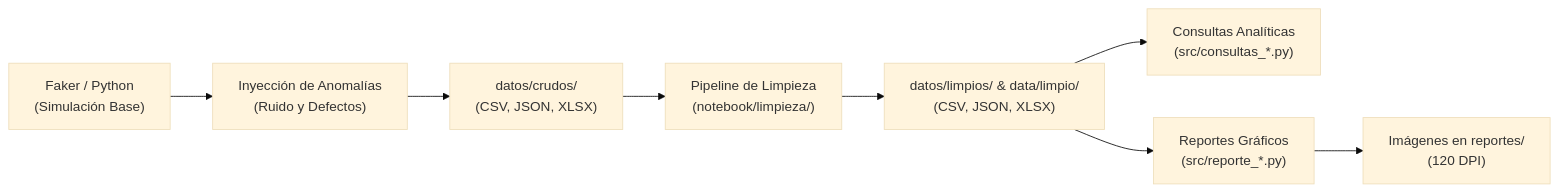
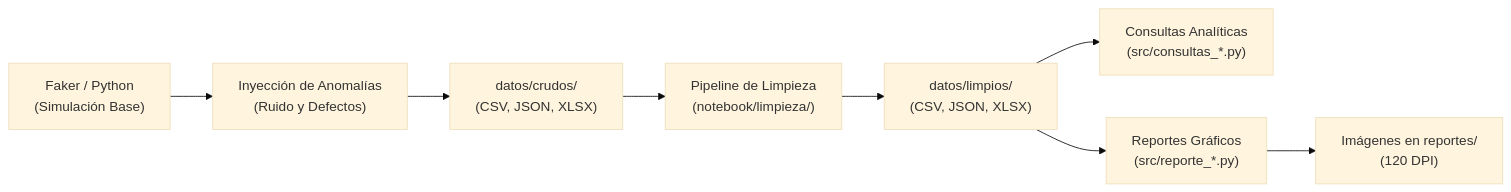
The diagram in README.md (Lichr22/integrador_nt_sabado20262_4), drawn with Mermaid (base theme) before and after one commit. The commit also changed other lines of this file and 117 other files, not shown here.

````diff
--- a/README.md
+++ b/README.md
@@ -109,10 +128,10 @@
 ```mermaid
 flowchart LR
     A["Faker / Python<br/>(Simulación Base)"] --> B["Inyección de Anomalías<br/>(Ruido y Defectos)"]
     B --> C["datos/crudos/<br/>(CSV, JSON, XLSX)"]
     C --> D["Pipeline de Limpieza<br/>(notebook/limpieza/)"]
-    D --> E["datos/limpios/ & data/limpio/<br/>(CSV, JSON, XLSX)"]
+    D --> E["datos/limpios/<br/>(CSV, JSON, XLSX)"]
     E --> F["Consultas Analíticas<br/>(src/consultas_*.py)"]
     E --> G["Reportes Gráficos<br/>(src/reporte_*.py)"]
     G --> H["Imágenes en reportes/<br/>(120 DPI)"]
 ```
````
